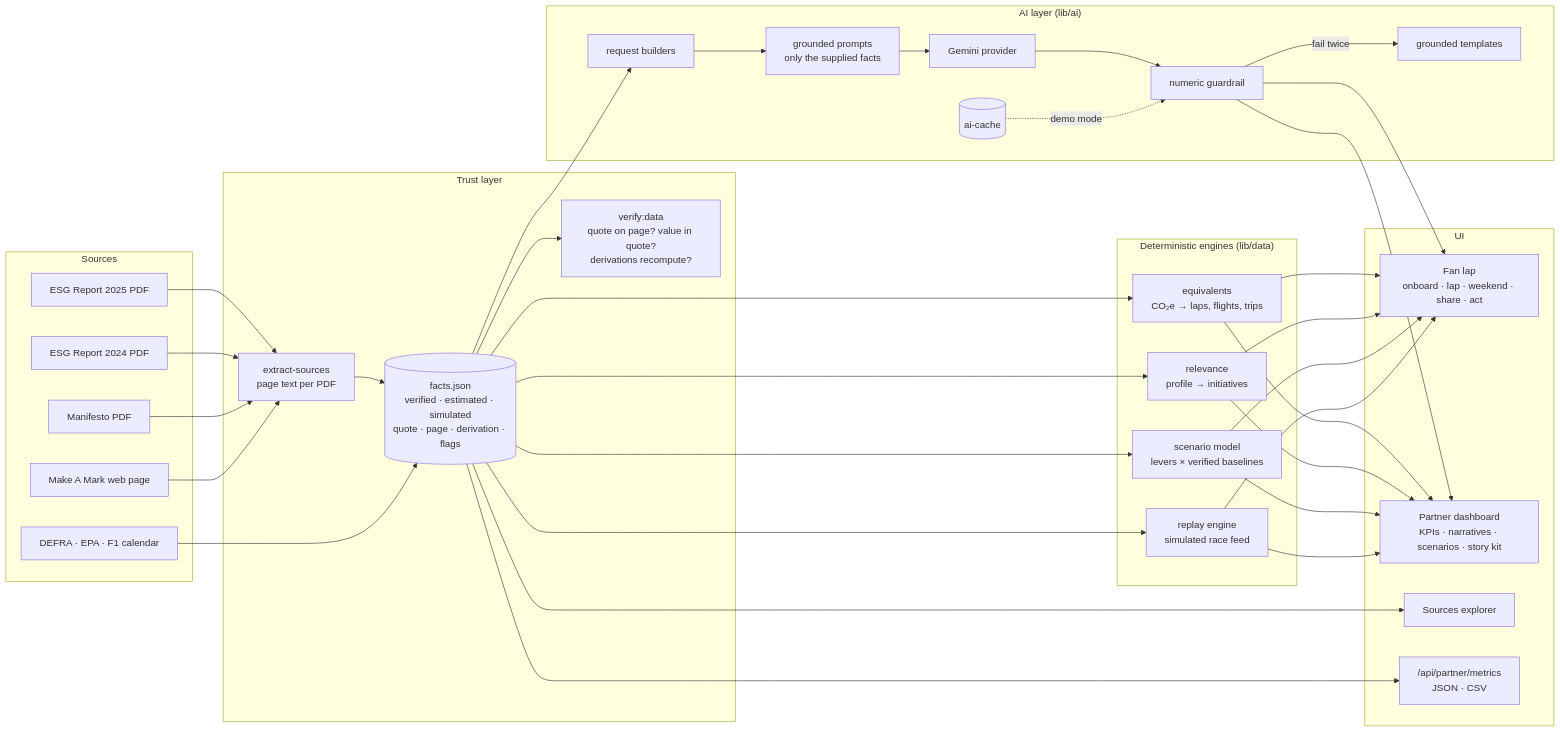
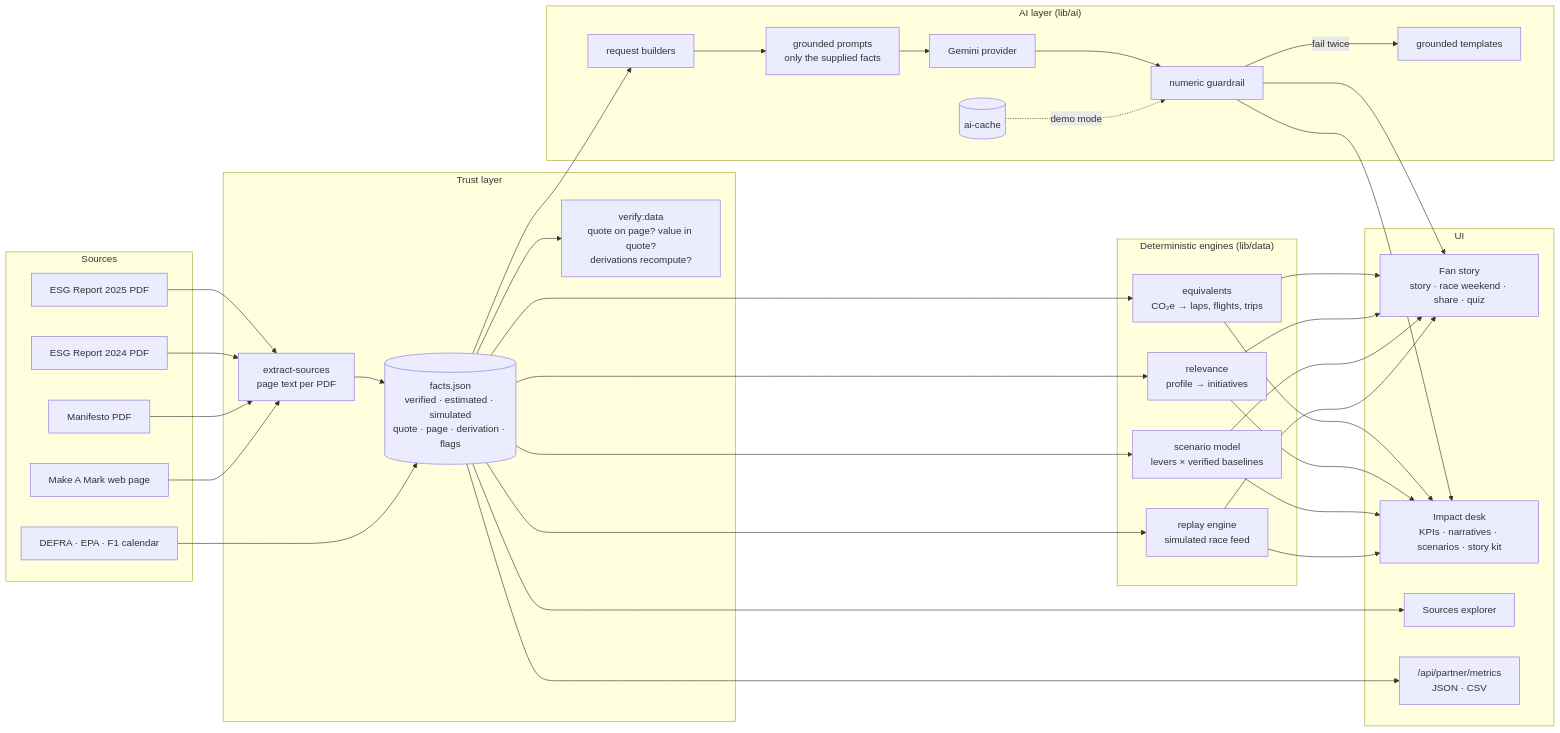
One commit to maahir-garg/cognizant-amf1 changed the first of 2 diagrams in docs/architecture.md. Above: the diagram before and after it, drawn with Mermaid. The commit also changed other lines of this file and 7 other files, not shown here.

````diff
--- a/docs/architecture.md
+++ b/docs/architecture.md
@@ -7,49 +7,49 @@
 ```mermaid
 flowchart LR
   subgraph Sources
     R25[ESG Report 2025 PDF]
     R24[ESG Report 2024 PDF]
     MAN[Manifesto PDF]
     WEB[Make A Mark web page]
     EXT[DEFRA · EPA · F1 calendar]
   end
 
   subgraph Trust["Trust layer"]
     EXTRACT[extract-sources<br/>page text per PDF]
     FACTS[("facts.json<br/>verified · estimated · simulated<br/>quote · page · derivation · flags")]
     VERIFY["verify:data<br/>quote on page? value in quote?<br/>derivations recompute?"]
   end
 
   subgraph Engines["Deterministic engines (lib/data)"]
     EQ[equivalents<br/>CO₂e → laps, flights, trips]
     REL[relevance<br/>profile → initiatives]
     SCN[scenario model<br/>levers × verified baselines]
     LIVE[replay engine<br/>simulated race feed]
   end
 
   subgraph AI["AI layer (lib/ai)"]
     REQ[request builders]
     PROMPT[grounded prompts<br/>only the supplied facts]
     MODEL[Gemini provider]
     GUARD[numeric guardrail]
     TPL[grounded templates]
     CACHE[(ai-cache)]
   end
 
   subgraph UI
-    FAN[Fan lap<br/>onboard · lap · weekend · share · act]
-    PARTNER[Partner dashboard<br/>KPIs · narratives · scenarios · story kit]
+    FAN[Fan story<br/>story · race weekend · share · quiz]
+    PARTNER[Impact desk<br/>KPIs · narratives · scenarios · story kit]
     SRC[Sources explorer]
     API["/api/partner/metrics<br/>JSON · CSV"]
   end
 
   R25 & R24 & MAN & WEB --> EXTRACT --> FACTS
   EXT --> FACTS
   FACTS --> VERIFY
   FACTS --> EQ & REL & SCN & LIVE
   FACTS --> REQ --> PROMPT --> MODEL --> GUARD
   GUARD -- fail twice --> TPL
   CACHE -. demo mode .-> GUARD
   EQ & REL & SCN & LIVE & GUARD --> FAN & PARTNER
   FACTS --> SRC & API
 ```
````
